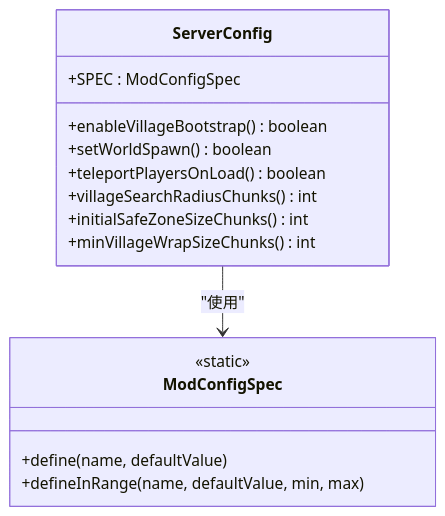
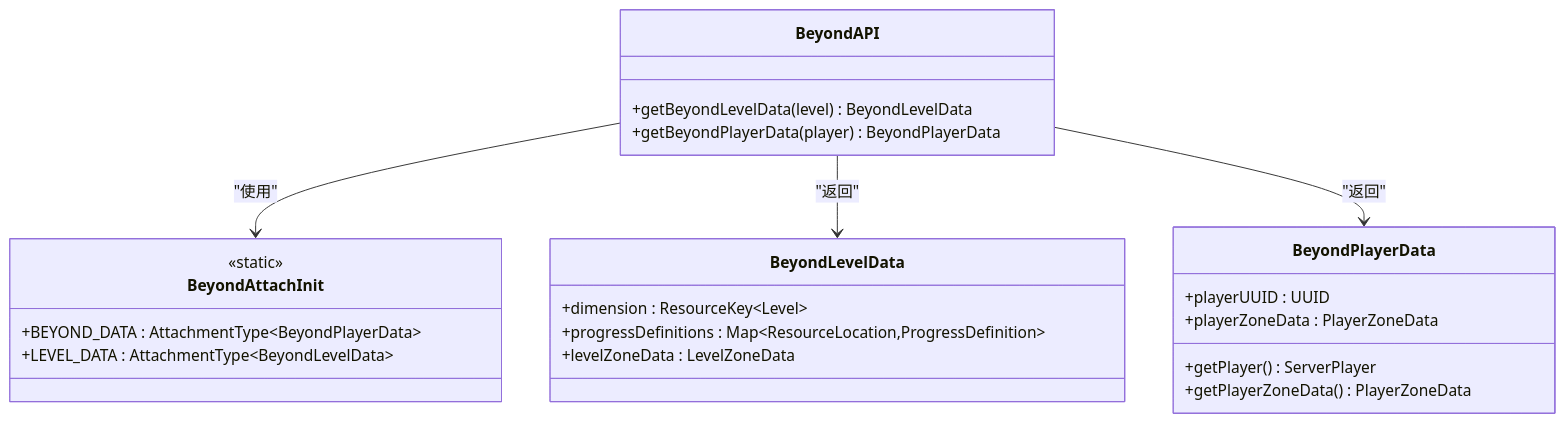
Before and after one commit to Ver-shift/SubModulesGeneHunter: the second of 11 diagrams in .qoder/repowiki/zh/content/模块架构/Beyond安全区模块/Beyond安全区模块.md, drawn with Mermaid. The commit also changed other lines of this file and 61 other files, not shown here.

````diff
--- a/.qoder/repowiki/zh/content/模块架构/Beyond安全区模块/Beyond安全区模块.md
+++ b/.qoder/repowiki/zh/content/模块架构/Beyond安全区模块/Beyond安全区模块.md
@@ -269,18 +143,26 @@
 ```mermaid
 classDiagram
-class ServerConfig {
-+SPEC : ModConfigSpec
-+enableVillageBootstrap() boolean
-+setWorldSpawn() boolean
-+teleportPlayersOnLoad() boolean
-+villageSearchRadiusChunks() int
-+initialSafeZoneSizeChunks() int
-+minVillageWrapSizeChunks() int
+class BeyondAPI {
++getBeyondLevelData(level) BeyondLevelData
++getBeyondPlayerData(player) BeyondPlayerData
 }
-class ModConfigSpec {
+class BeyondAttachInit {
 <<static>>
-+define(name, defaultValue)
-+defineInRange(name, defaultValue, min, max)
++BEYOND_DATA : AttachmentType~BeyondPlayerData~
++LEVEL_DATA : AttachmentType~BeyondLevelData~
 }
-ServerConfig --> ModConfigSpec : "使用"
+class BeyondLevelData {
++dimension : ResourceKey~Level~
++progressDefinitions : Map~ResourceLocation,ProgressDefinition~
++levelZoneData : LevelZoneData
+}
+class BeyondPlayerData {
++playerUUID : UUID
++playerZoneData : PlayerZoneData
++getPlayer() ServerPlayer
++getPlayerZoneData() PlayerZoneData
+}
+BeyondAPI --> BeyondAttachInit : "使用"
+BeyondAPI --> BeyondLevelData : "返回"
+BeyondAPI --> BeyondPlayerData : "返回"
 ```
````
